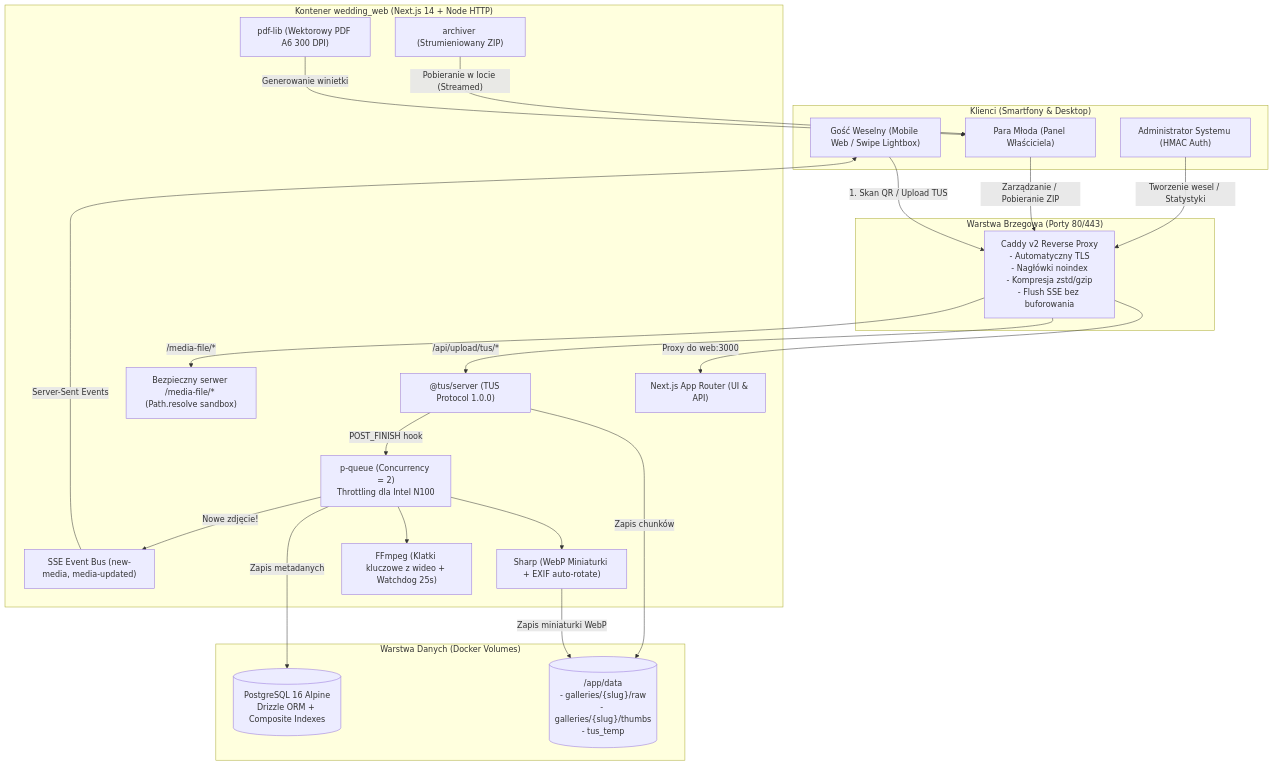
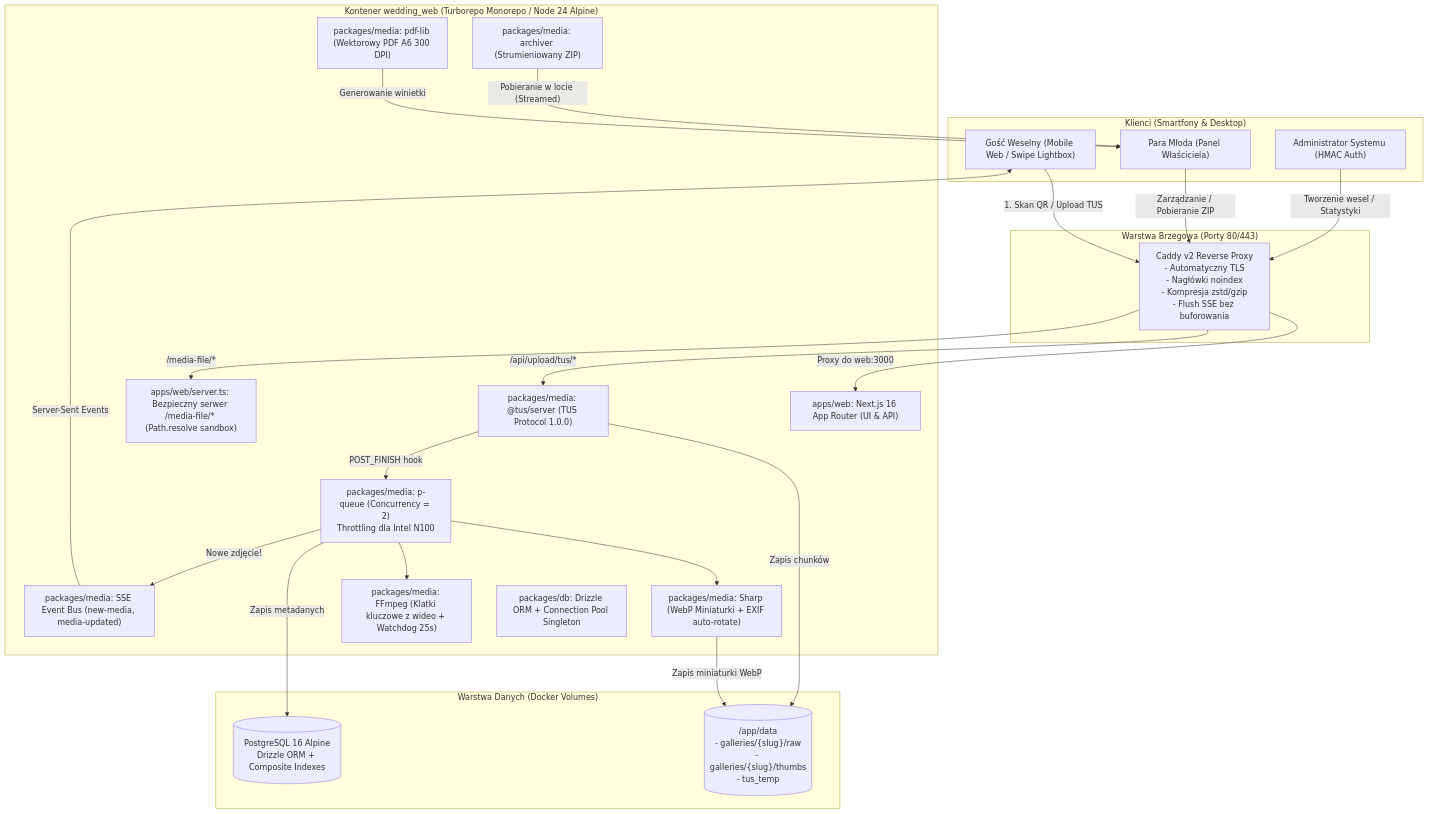
One commit to p4cino/wedding-drop changed the diagram in DOCUMENTATION.md. Above: the diagram before and after it, drawn with Mermaid. The commit also changed other lines of this file and 12 other files, not shown here.

````diff
--- a/DOCUMENTATION.md
+++ b/DOCUMENTATION.md
@@ -21,49 +21,50 @@
 ```mermaid
 graph TD
     subgraph "Klienci (Smartfony & Desktop)"
         Guest["Gość Weselny (Mobile Web / Swipe Lightbox)"]
         Couple["Para Młoda (Panel Właściciela)"]
         Admin["Administrator Systemu (HMAC Auth)"]
     end
 
     subgraph "Warstwa Brzegowa (Porty 80/443)"
         Caddy["Caddy v2 Reverse Proxy\n- Automatyczny TLS\n- Nagłówki noindex\n- Kompresja zstd/gzip\n- Flush SSE bez buforowania"]
     end
 
-    subgraph "Kontener wedding_web (Next.js 14 + Node HTTP)"
-        NextCore["Next.js App Router (UI & API)"]
-        TusServer["@tus/server (TUS Protocol 1.0.0)"]
-        SSEBus["SSE Event Bus (new-media, media-updated)"]
-        PdfGen["pdf-lib (Wektorowy PDF A6 300 DPI)"]
-        ZipStream["archiver (Strumieniowany ZIP)"]
-        MediaQueue["p-queue (Concurrency = 2)\nThrottling dla Intel N100"]
-        Sharp["Sharp (WebP Miniaturki + EXIF auto-rotate)"]
-        FFmpeg["FFmpeg (Klatki kluczowe z wideo + Watchdog 25s)"]
-        StaticServe["Bezpieczny serwer /media-file/* (Path.resolve sandbox)"]
+    subgraph "Kontener wedding_web (Turborepo Monorepo / Node 24 Alpine)"
+        NextCore["apps/web: Next.js 16 App Router (UI & API)"]
+        TusServer["packages/media: @tus/server (TUS Protocol 1.0.0)"]
+        SSEBus["packages/media: SSE Event Bus (new-media, media-updated)"]
+        PdfGen["packages/media: pdf-lib (Wektorowy PDF A6 300 DPI)"]
+        ZipStream["packages/media: archiver (Strumieniowany ZIP)"]
+        MediaQueue["packages/media: p-queue (Concurrency = 2)\nThrottling dla Intel N100"]
+        Sharp["packages/media: Sharp (WebP Miniaturki + EXIF auto-rotate)"]
+        FFmpeg["packages/media: FFmpeg (Klatki kluczowe z wideo + Watchdog 25s)"]
+        DbPkg["packages/db: Drizzle ORM + Connection Pool Singleton"]
+        StaticServe["apps/web/server.ts: Bezpieczny serwer /media-file/* (Path.resolve sandbox)"]
     end
 
     subgraph "Warstwa Danych (Docker Volumes)"
         Postgres[("PostgreSQL 16 Alpine\nDrizzle ORM + Composite Indexes")]
         Filesystem[("/app/data\n- galleries/{slug}/raw\n- galleries/{slug}/thumbs\n- tus_temp")]
     end
 
     Guest -->|"1. Skan QR / Upload TUS"| Caddy
     Couple -->|"Zarządzanie / Pobieranie ZIP"| Caddy
     Admin -->|"Tworzenie wesel / Statystyki"| Caddy
 
     Caddy -->|"Proxy do web:3000"| NextCore
     Caddy -->|"/api/upload/tus/*"| TusServer
     Caddy -->|"/media-file/*"| StaticServe
 
     TusServer -->|"Zapis chunków"| Filesystem
     TusServer -->|"POST_FINISH hook"| MediaQueue
     MediaQueue --> Sharp
     MediaQueue --> FFmpeg
     Sharp -->|"Zapis miniaturki WebP"| Filesystem
     MediaQueue -->|"Zapis metadanych"| Postgres
     MediaQueue -->|"Nowe zdjęcie!"| SSEBus
     SSEBus -->|"Server-Sent Events"| Guest
 
     ZipStream -->|"Pobieranie w locie (Streamed)"| Couple
     PdfGen -->|"Generowanie winietki"| Couple
 ```
````
